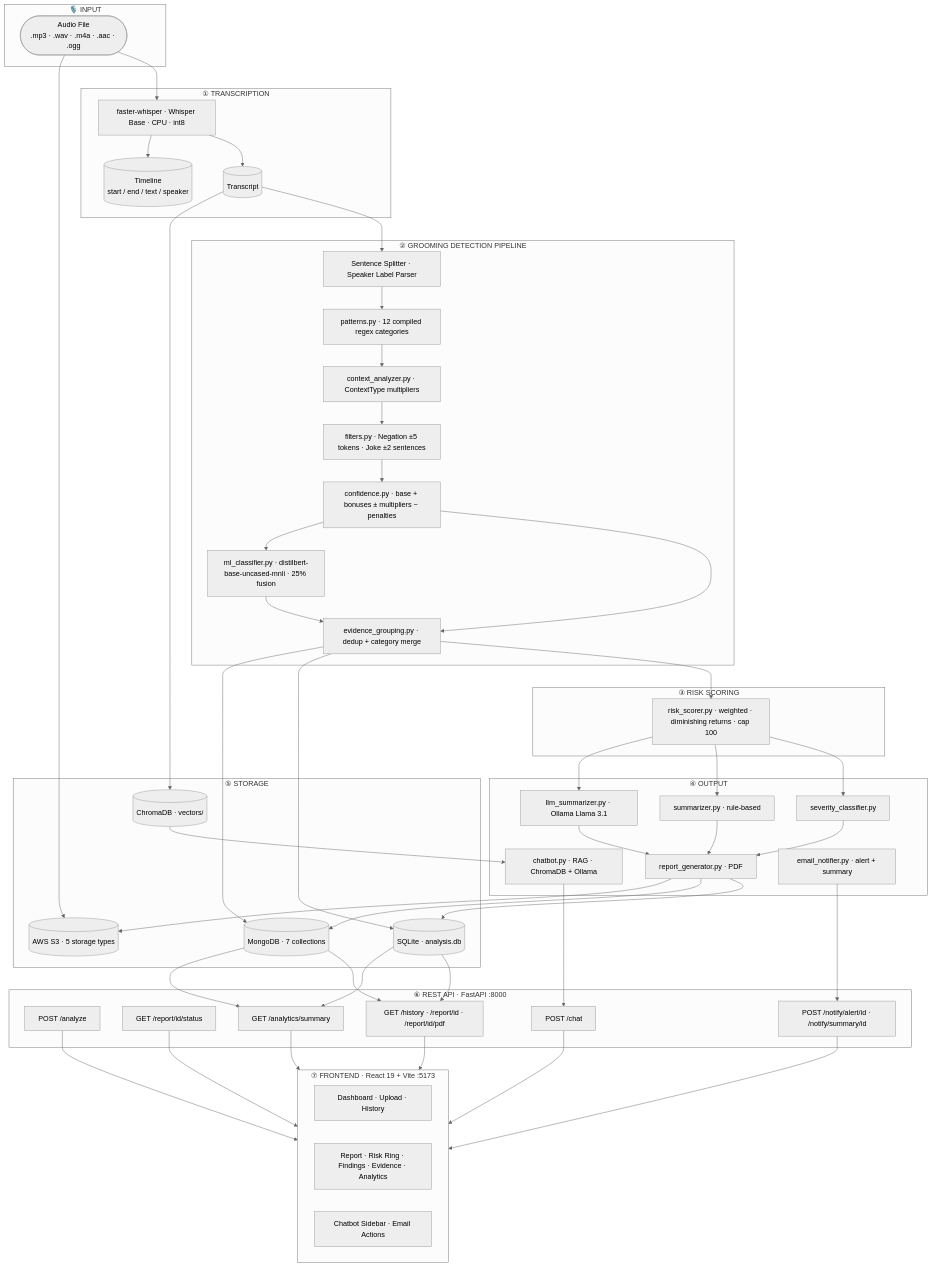
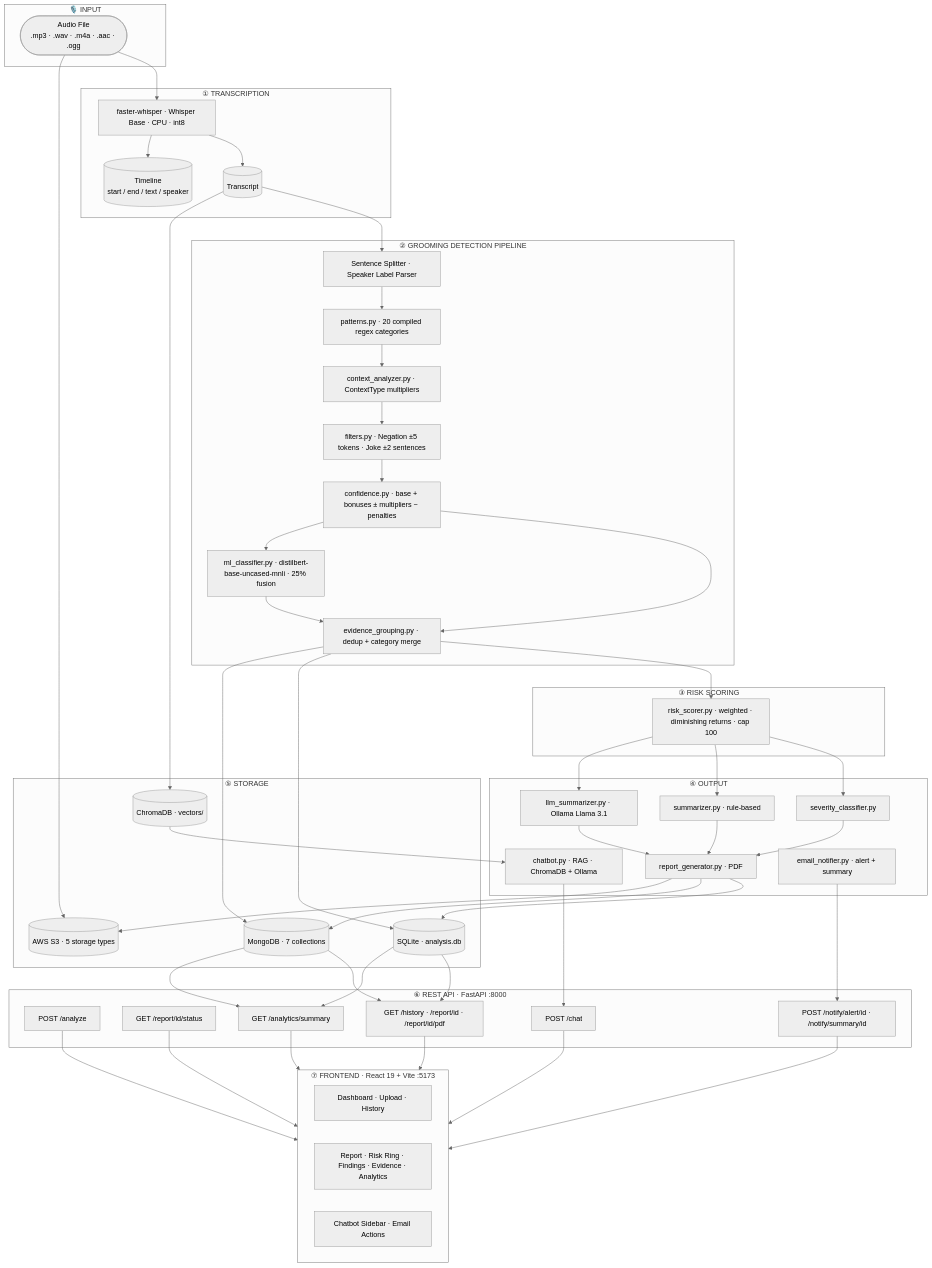
The diagram in README.md (umangjzx/transcript-Analysis), drawn with Mermaid (neutral theme) before and after one commit. The commit also changed other lines of this file and 3 other files, not shown here.

````diff
--- a/README.md
+++ b/README.md
@@ -23,71 +23,71 @@
 ```mermaid
 flowchart TD
     subgraph INPUT["🎙️ INPUT"]
         A([Audio File\n.mp3 · .wav · .m4a · .aac · .ogg])
     end
 
     subgraph TRANSCRIPTION["① TRANSCRIPTION"]
         T1[faster-whisper · Whisper Base · CPU · int8]
         T2[(Transcript)]
         T3[(Timeline\nstart / end / text / speaker)]
     end
 
     subgraph DETECTION["② GROOMING DETECTION PIPELINE"]
         SP[Sentence Splitter · Speaker Label Parser]
-        PAT[patterns.py · 12 compiled regex categories]
+        PAT[patterns.py · 20 compiled regex categories]
         CTX[context_analyzer.py · ContextType multipliers]
         FIL[filters.py · Negation ±5 tokens · Joke ±2 sentences]
         CONF[confidence.py · base + bonuses ± multipliers − penalties]
         ML[ml_classifier.py · distilbert-base-uncased-mnli · 25% fusion]
         EG[evidence_grouping.py · dedup + category merge]
     end
 
     subgraph RISK["③ RISK SCORING"]
         RS[risk_scorer.py · weighted · diminishing returns · cap 100]
     end
 
     subgraph OUTPUT["④ OUTPUT"]
         SV[severity_classifier.py]
         SUM[summarizer.py · rule-based]
         LLM[llm_summarizer.py · Ollama Llama 3.1]
         PDF[report_generator.py · PDF]
         BOT[chatbot.py · RAG · ChromaDB + Ollama]
         EMAIL[email_notifier.py · alert + summary]
     end
 
     subgraph STORAGE["⑤ STORAGE"]
         DB[(SQLite · analysis.db)]
         MDB[(MongoDB · 7 collections)]
         S3[(AWS S3 · 5 storage types)]
         VEC[(ChromaDB · vectors/)]
     end
 
     subgraph API["⑥ REST API · FastAPI :8000"]
         EP1[POST /analyze]
         EP2[GET /report/id/status]
         EP3[GET /history · /report/id · /report/id/pdf]
         EP4[POST /chat]
         EP5[POST /notify/alert/id · /notify/summary/id]
         EP6[GET /analytics/summary]
     end
 
     subgraph FRONTEND["⑦ FRONTEND · React 19 + Vite :5173"]
         FE1[Dashboard · Upload · History]
         FE2[Report · Risk Ring · Findings · Evidence · Analytics]
         FE3[Chatbot Sidebar · Email Actions]
     end
 
     A --> T1 --> T2 & T3
     T2 --> SP --> PAT --> CTX --> FIL --> CONF --> EG
     CONF --> ML --> EG
     EG --> RS --> SV & SUM & LLM
     SV & SUM & LLM --> PDF
     PDF --> DB & MDB & S3
     A --> S3
     T2 --> VEC --> BOT
     EG --> DB & MDB
     DB & MDB --> EP3 & EP6
     BOT --> EP4
     EMAIL --> EP5
     EP1 & EP2 & EP3 & EP4 & EP5 & EP6 --> FRONTEND
 ```
````
